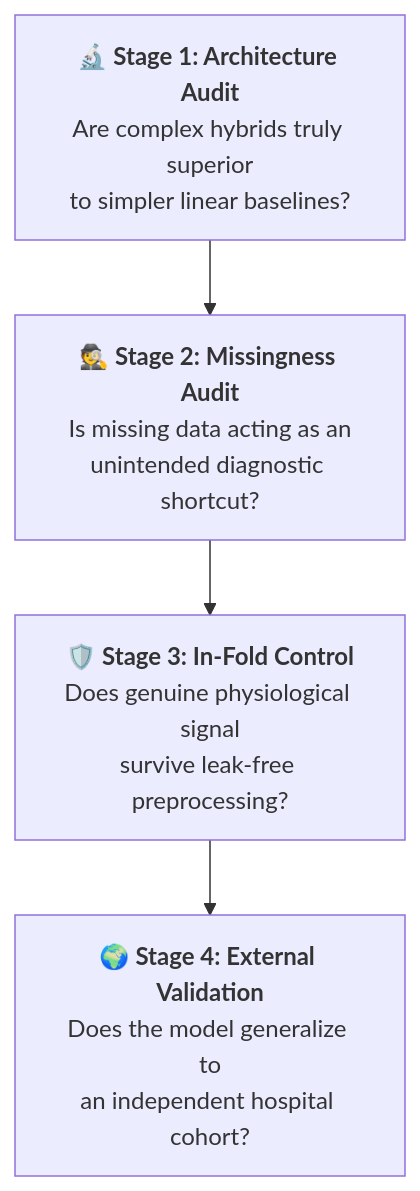
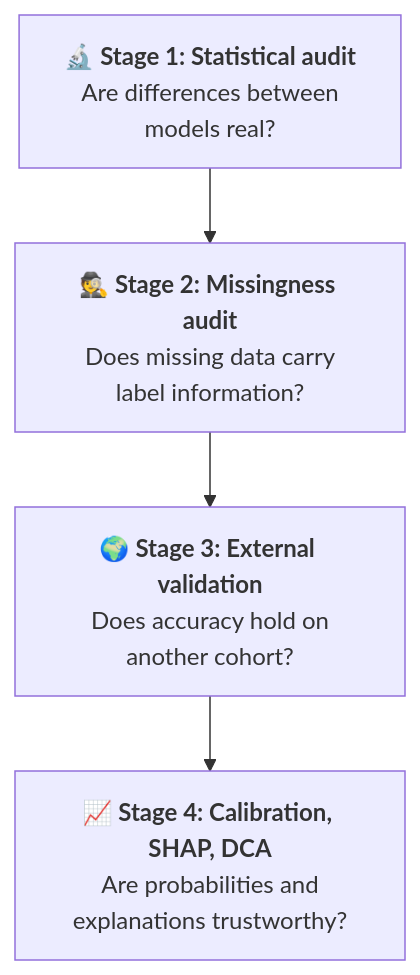
Before and after one commit to HarshaAppikatla/Chronic-Kidney-Disease: the diagram in README.md, drawn with Mermaid. The commit also changed other lines of this file, not shown here.

````diff
--- a/README.md
+++ b/README.md
@@ -35,11 +38,8 @@
 ```mermaid
 flowchart TD
-    A["🔬 <b>Stage 1: Architecture Audit</b><br/>Are complex hybrids truly superior<br/>to simpler linear baselines?"]
-    B["🕵️ <b>Stage 2: Missingness Audit</b><br/>Is missing data acting as an<br/>unintended diagnostic shortcut?"]
-    C["🛡️ <b>Stage 3: In-Fold Control</b><br/>Does genuine physiological signal<br/>survive leak-free preprocessing?"]
-    D["🌍 <b>Stage 4: External Validation</b><br/>Does the model generalize to<br/>an independent hospital cohort?"]
-
-    A --> B
-    B --> C
-    C --> D
+    A["🔬 <b>Stage 1: Statistical audit</b><br/>Are differences between<br/>models real?"]
+    B["🕵️ <b>Stage 2: Missingness audit</b><br/>Does missing data carry<br/>label information?"]
+    C["🌍 <b>Stage 3: External validation</b><br/>Does accuracy hold on<br/>another cohort?"]
+    D["📈 <b>Stage 4: Calibration, SHAP, DCA</b><br/>Are probabilities and<br/>explanations trustworthy?"]
+    A --> B --> C --> D
 ```
````
